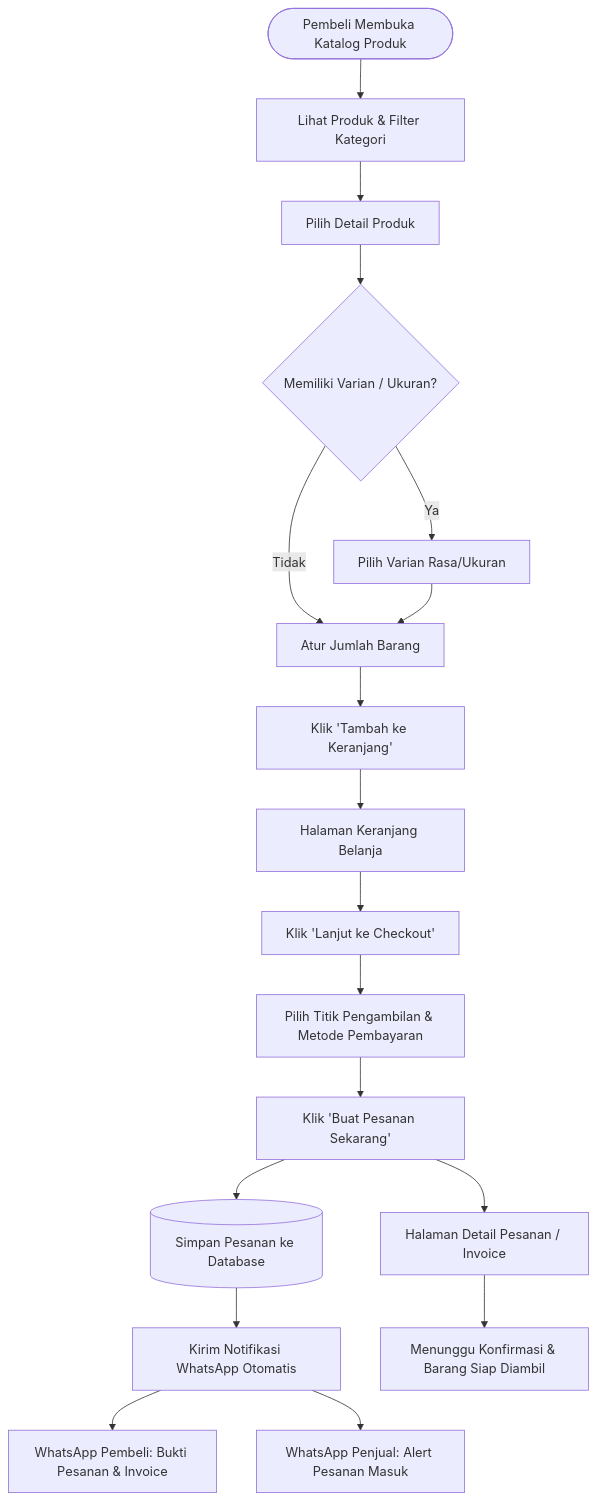
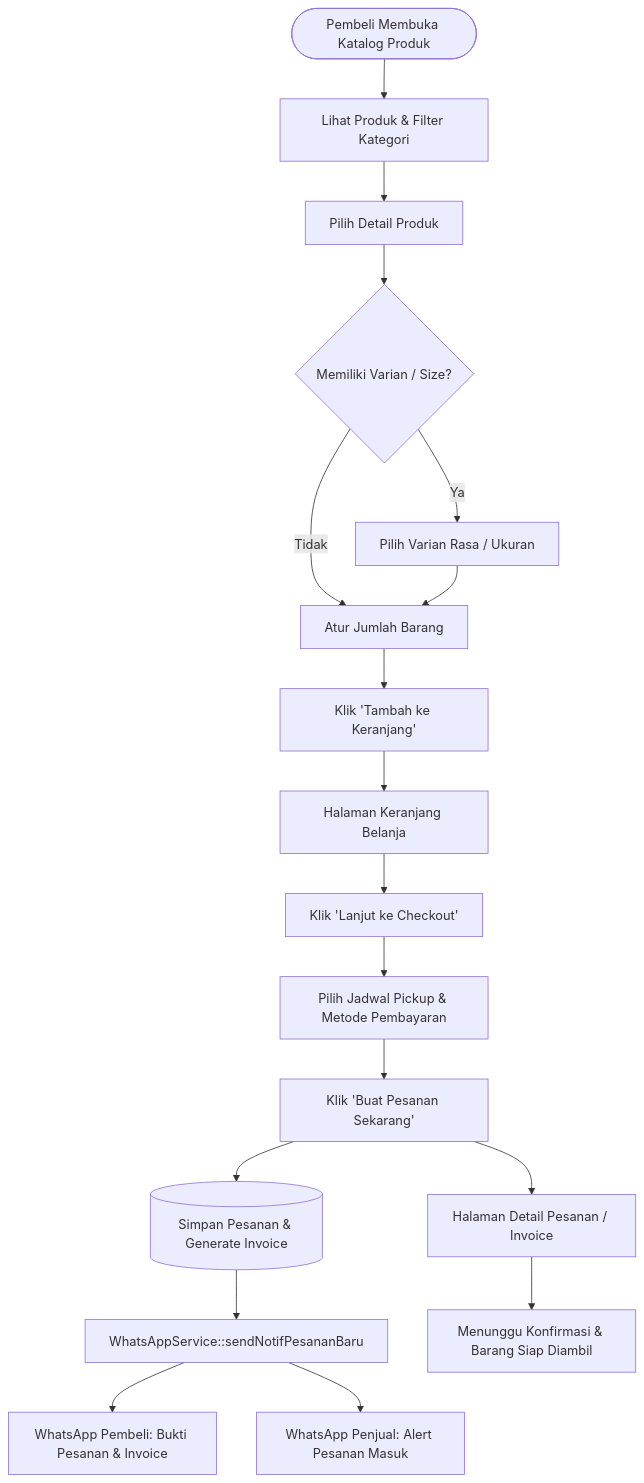
One commit to Z-Forz/Eskasaba_Marketplace changed the second of 6 diagrams in FLOWCHART_USERS _ESKAMART.md. Above: the diagram before and after it, drawn with Mermaid. The commit also changed other lines of this file and 22 other files, not shown here.

````diff
--- a/FLOWCHART_USERS _ESKAMART.md
+++ b/FLOWCHART_USERS _ESKAMART.md
@@ -81,26 +126,26 @@
 ```mermaid
 flowchart TD
     StartBuyer([Pembeli Membuka Katalog Produk]) --> BrowseProducts[Lihat Produk & Filter Kategori]
     BrowseProducts --> SelectProduct[Pilih Detail Produk]
     
-    SelectProduct --> CheckOptions{Memiliki Varian / Ukuran?}
-    CheckOptions -- Ya --> SelectVariant[Pilih Varian Rasa/Ukuran]
+    SelectProduct --> CheckOptions{Memiliki Varian / Size?}
+    CheckOptions -- Ya --> SelectVariant[Pilih Varian Rasa / Ukuran]
     CheckOptions -- Tidak --> DirectQty[Atur Jumlah Barang]
     SelectVariant --> DirectQty
     
     DirectQty --> AddToCart[Klik 'Tambah ke Keranjang']
     AddToCart --> ViewCart[Halaman Keranjang Belanja]
     
     ViewCart --> ClickCheckout[Klik 'Lanjut ke Checkout']
-    ClickCheckout --> FillCheckoutForm[Pilih Titik Pengambilan & Metode Pembayaran]
+    ClickCheckout --> FillCheckoutForm[Pilih Jadwal Pickup & Metode Pembayaran]
     
     FillCheckoutForm --> SubmitOrder[Klik 'Buat Pesanan Sekarang']
-    SubmitOrder --> SaveOrder[(Simpan Pesanan ke Database)]
+    SubmitOrder --> SaveOrder[(Simpan Pesanan & Generate Invoice)]
     
-    SaveOrder --> TriggerWA[Kirim Notifikasi WhatsApp Otomatis]
+    SaveOrder --> TriggerWA[WhatsAppService::sendNotifPesananBaru]
     TriggerWA --> WABuyer[WhatsApp Pembeli: Bukti Pesanan & Invoice]
     TriggerWA --> WASeller[WhatsApp Penjual: Alert Pesanan Masuk]
     
     SubmitOrder --> OrderDetail[Halaman Detail Pesanan / Invoice]
     OrderDetail --> WaitPickup[Menunggu Konfirmasi & Barang Siap Diambil]
 ```
````
